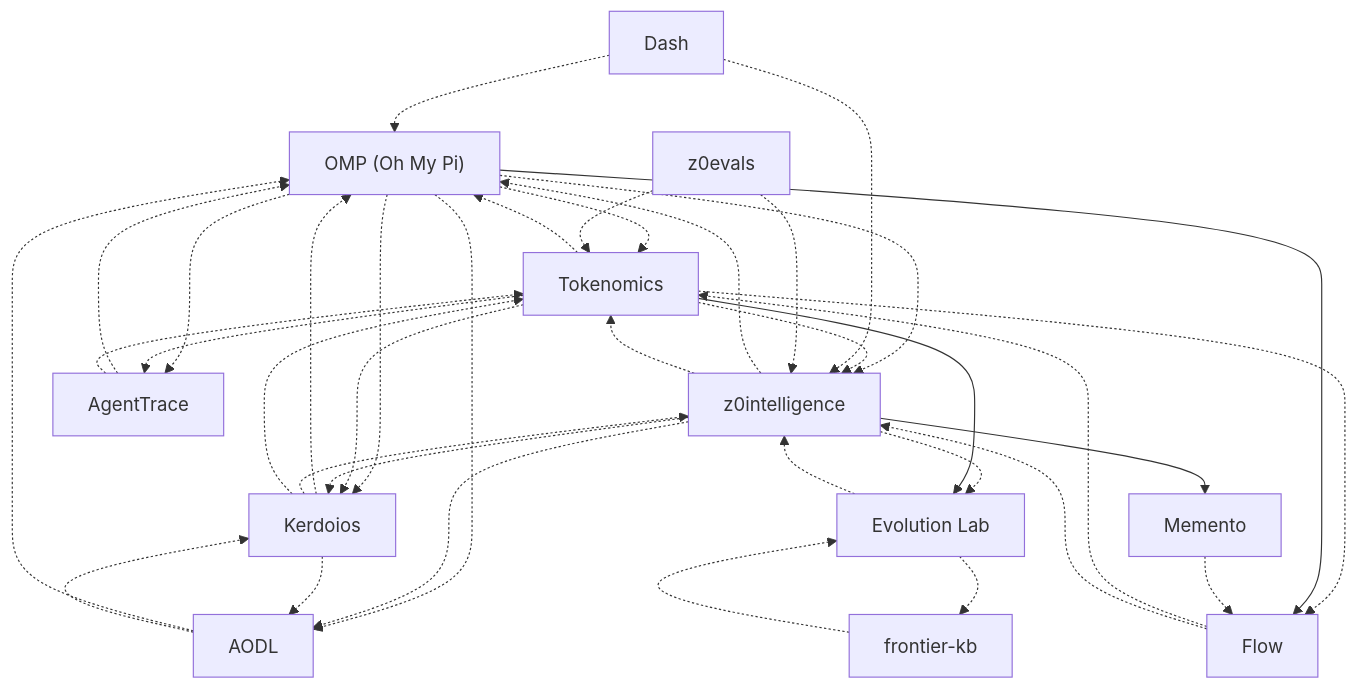
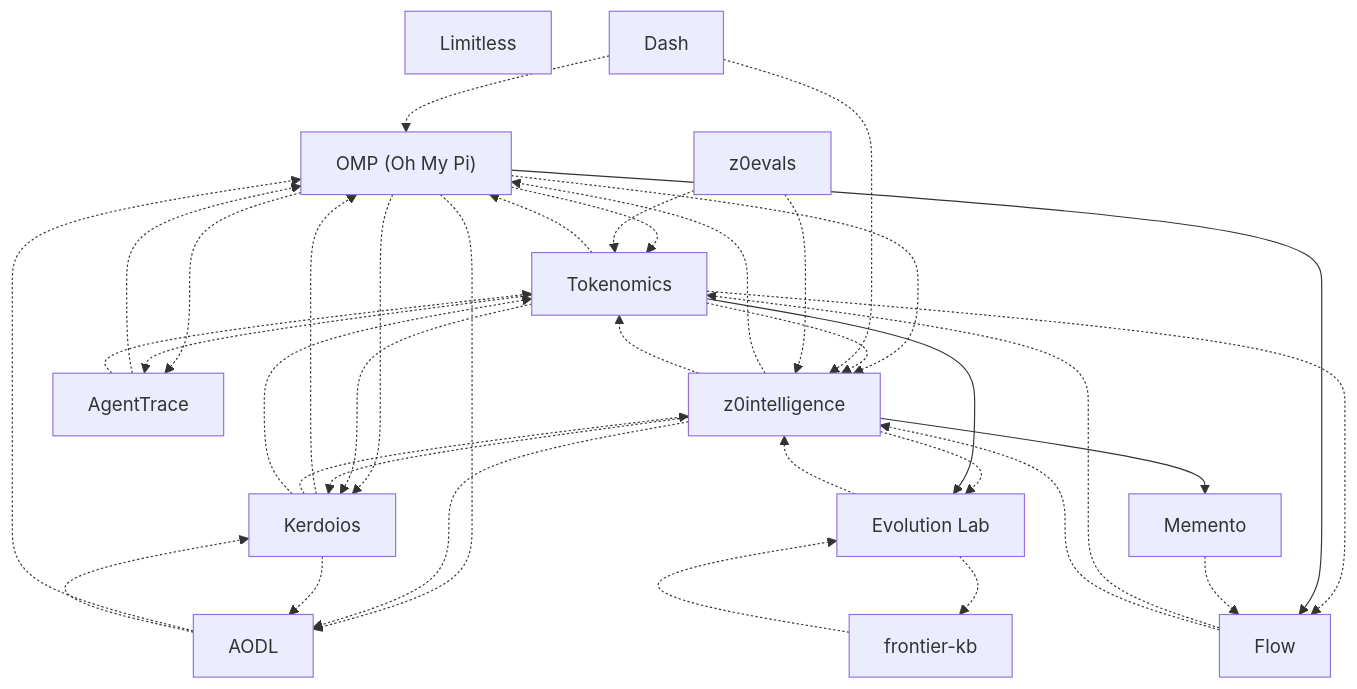
One commit to kvnloo/z0 changed the diagram in generated/graph.mmd. Above: the diagram before and after it, drawn with Mermaid. The commit also changed 19 other files, not shown here.

```diff
--- a/generated/graph.mmd
+++ b/generated/graph.mmd
@@ -1,49 +1,50 @@
 graph TD
   oh_my_pi["OMP (Oh My Pi)"]
   tokenomics["Tokenomics"]
   flow["Flow"]
   z0intelligence["z0intelligence"]
   kerdoios["Kerdoios"]
   evolution_lab["Evolution Lab"]
   frontier_kb["frontier-kb"]
   aodl["AODL"]
   agenttrace["AgentTrace"]
   memento["Memento"]
+  limitless["Limitless"]
   dash["Dash"]
   z0evals["z0evals"]
   oh_my_pi -.-> tokenomics
   oh_my_pi -.-> z0intelligence
   oh_my_pi -.-> aodl
   oh_my_pi -.-> kerdoios
   oh_my_pi -.-> agenttrace
   tokenomics -.-> oh_my_pi
   tokenomics -.-> z0intelligence
   tokenomics -.-> kerdoios
   tokenomics -.-> agenttrace
   tokenomics -.-> flow
   oh_my_pi --> flow
   flow -.-> tokenomics
   flow -.-> z0intelligence
   z0intelligence -.-> oh_my_pi
   z0intelligence -.-> kerdoios
   z0intelligence -.-> evolution_lab
   z0intelligence -.-> tokenomics
   z0intelligence -.-> aodl
   kerdoios -.-> oh_my_pi
   kerdoios -.-> z0intelligence
   kerdoios -.-> aodl
   kerdoios -.-> tokenomics
   tokenomics --> evolution_lab
   evolution_lab -.-> frontier_kb
   evolution_lab -.-> z0intelligence
   frontier_kb -.-> evolution_lab
   aodl -.-> oh_my_pi
   aodl -.-> kerdoios
   agenttrace -.-> oh_my_pi
   agenttrace -.-> tokenomics
   z0intelligence --> memento
   memento -.-> flow
   dash -.-> oh_my_pi
   dash -.-> z0intelligence
   z0evals -.-> z0intelligence
   z0evals -.-> tokenomics
```
